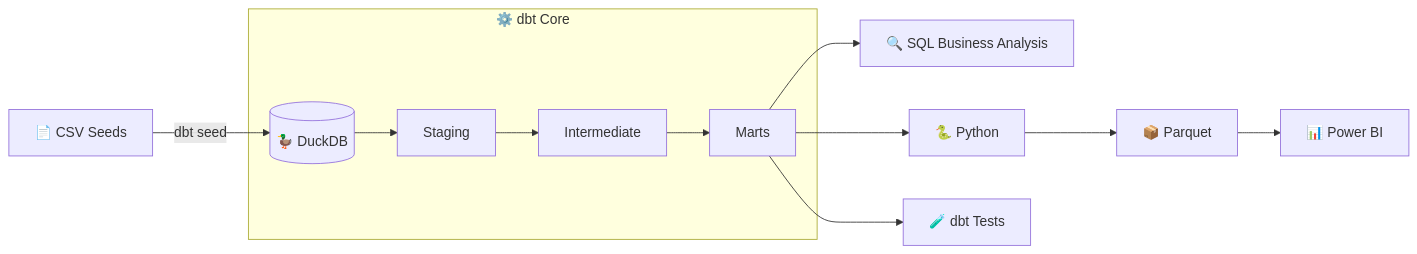
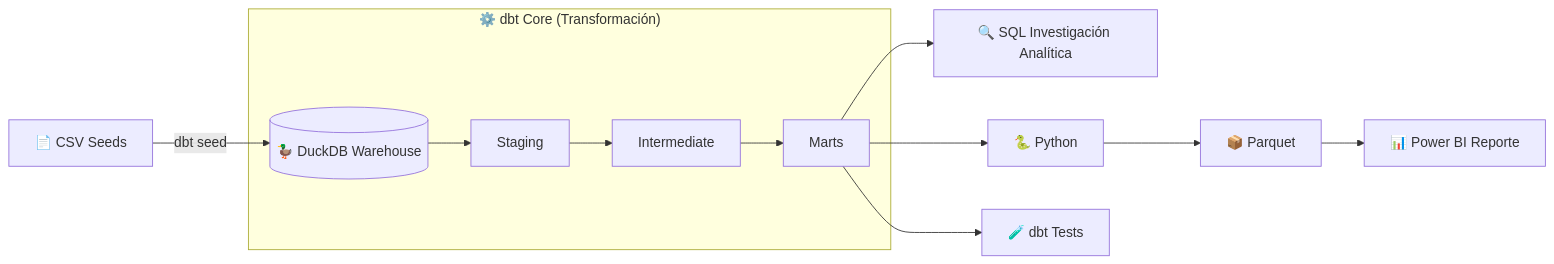
The first of 7 diagrams in README.md (manticafacundoelian/dbt_elt_analytics), drawn with Mermaid before and after one commit. The commit also changed other lines of this file, not shown here.

````diff
--- a/README.md
+++ b/README.md
@@ -29,20 +21,20 @@
 ```mermaid
 flowchart LR
 
-    A[📄 CSV Seeds] -->|dbt seed| B[(🦆 DuckDB)]
+    A[📄 CSV Seeds] -->|dbt seed| B[(🦆 DuckDB Warehouse)]
 
-    subgraph DBT["⚙️ dbt Core"]
+    subgraph DBT["⚙️ dbt Core (Transformación)"]
         B --> C[Staging]
         C --> D[Intermediate]
         D --> E[Marts]
     end
 
-    E --> F[🔍 SQL Business Analysis]
+    E --> F[🔍 SQL Investigación Analítica]
 
     E --> G[🐍 Python]
     G --> H[📦 Parquet]
 
-    H --> I[📊 Power BI]
+    H --> I[📊 Power BI Reporte]
 
     E --> J[🧪 dbt Tests]
 ```
````
